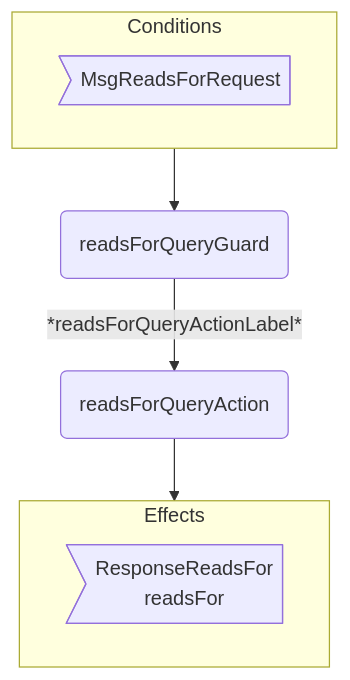
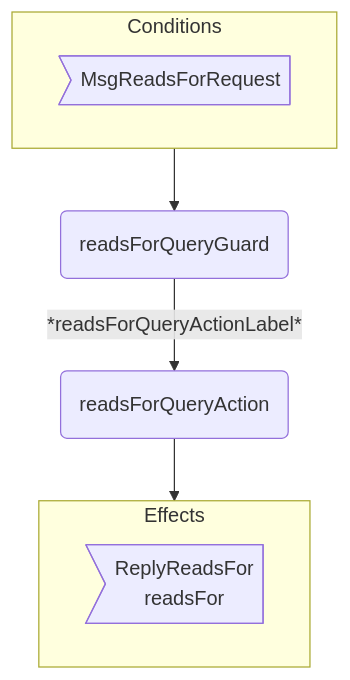
Before and after one commit to anoma/nspec: the first of 3 diagrams in docs/arch/node/engines/reads_for_behaviour.juvix.md, drawn with Mermaid. The commit also changed other lines of this file and 37 other files, not shown here.

Commit message:
Renamed all instances of "Response" to "Reply" in message interfaces for consistency across commitment, decryption, identity management, and other engines.

````diff
--- a/docs/arch/node/engines/reads_for_behaviour.juvix.md
+++ b/docs/arch/node/engines/reads_for_behaviour.juvix.md
@@ -512,15 +512,15 @@
 ```mermaid
 flowchart TD
   subgraph C[Conditions]
     CMsg>MsgReadsForRequest]
   end
 
   G(readsForQueryGuard)
   A(readsForQueryAction)
 
   C --> G -- *readsForQueryActionLabel* --> A --> E
 
   subgraph E[Effects]
-    EMsg>ResponseReadsFor<br/>readsFor]
+    EMsg>ReplyReadsFor<br/>readsFor]
   end
 ```
````
